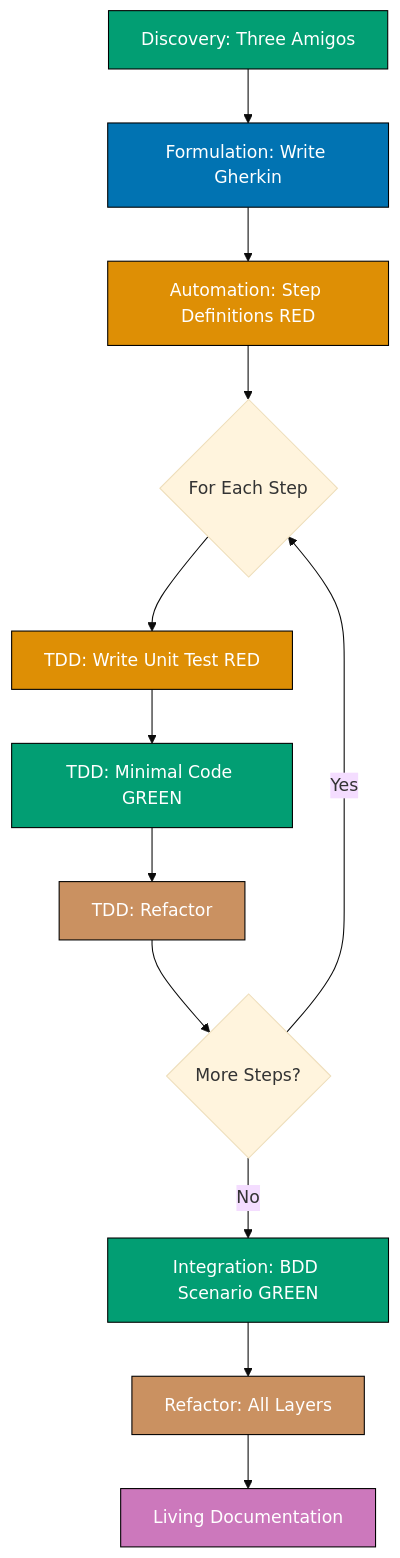
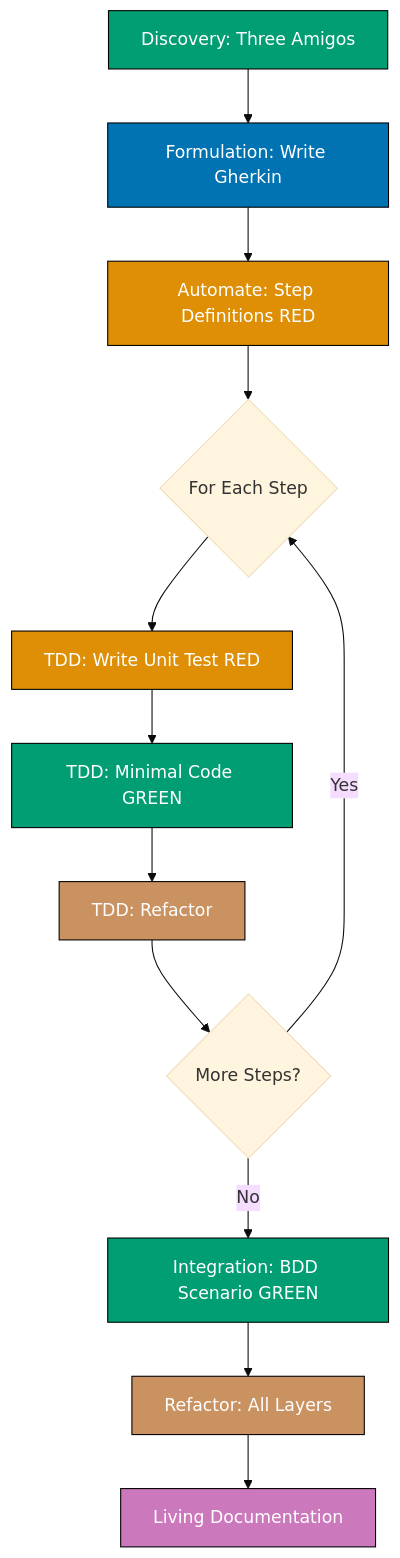
One commit to wahidyankf/ose-primer changed the second of 2 diagrams in docs/explanation/software-engineering/development/README.md. Above: the diagram before and after it, drawn with Mermaid (base theme). The commit also changed 14 other files, not shown here.

Commit message:
fix(docs): fix mermaid violations in remaining docs (batch 10/10)

````diff
--- a/docs/explanation/software-engineering/development/README.md
+++ b/docs/explanation/software-engineering/development/README.md
@@ -141,26 +141,26 @@
 ```mermaid
 graph TD
     A[Discovery: Three Amigos] --> B[Formulation: Write Gherkin]
-    B --> C[Automation: Step Definitions RED]
+    B --> C[Automate: Step Definitions RED]
     C --> D{For Each Step}
 
     D --> E[TDD: Write Unit Test RED]
     E --> F[TDD: Minimal Code GREEN]
     F --> G[TDD: Refactor]
     G --> H{More Steps?}
 
     H -->|Yes| D
     H -->|No| I[Integration: BDD Scenario GREEN]
     I --> J[Refactor: All Layers]
     J --> K[Living Documentation]
 
     style A fill:#029E73,stroke:#000000,color:#FFFFFF
     style B fill:#0173B2,stroke:#000000,color:#FFFFFF
     style C fill:#DE8F05,stroke:#000000,color:#FFFFFF
     style E fill:#DE8F05,stroke:#000000,color:#FFFFFF
     style F fill:#029E73,stroke:#000000,color:#FFFFFF
     style G fill:#CA9161,stroke:#000000,color:#FFFFFF
     style I fill:#029E73,stroke:#000000,color:#FFFFFF
     style J fill:#CA9161,stroke:#000000,color:#FFFFFF
     style K fill:#CC78BC,stroke:#000000,color:#FFFFFF
 ```
````
